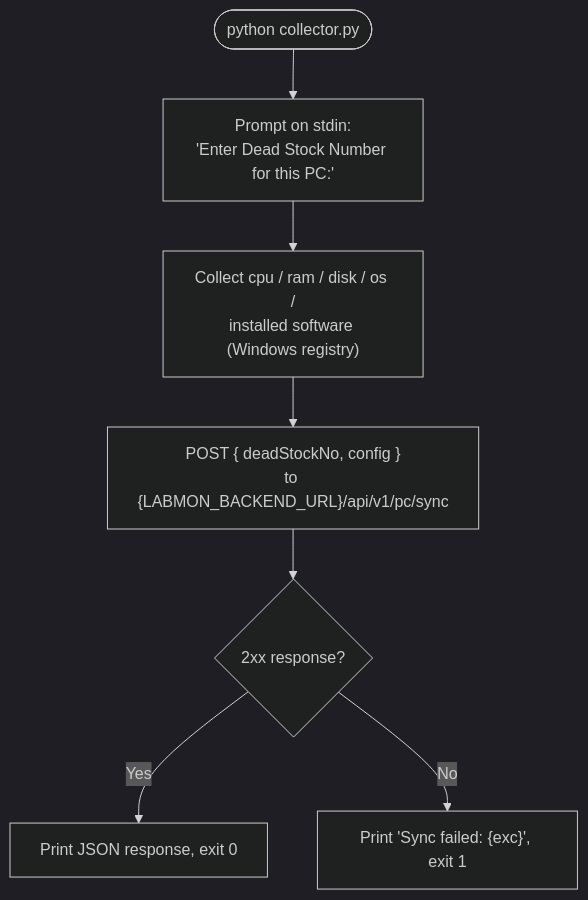
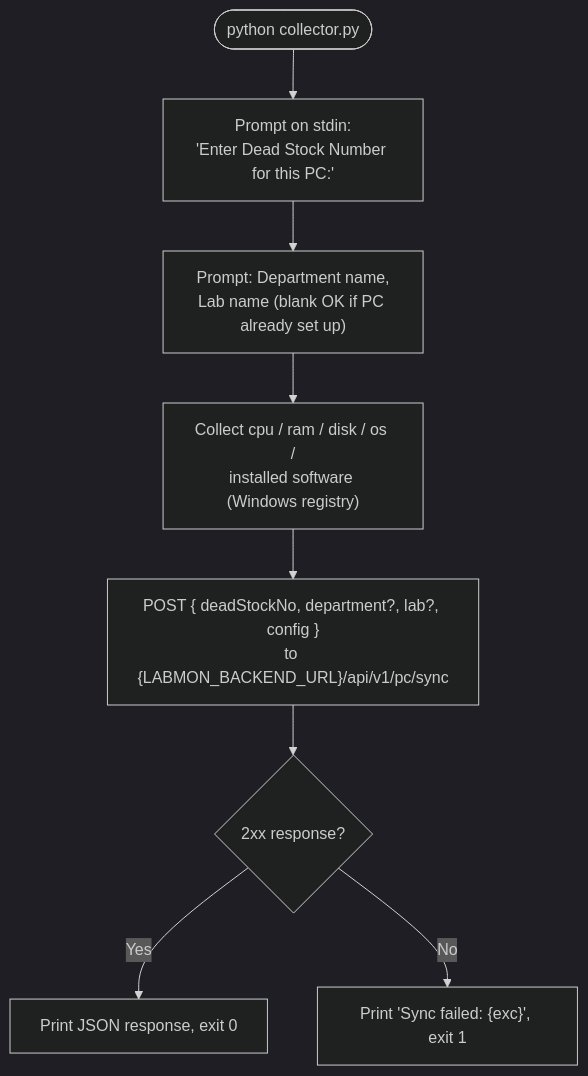
Before and after one commit to Codewith-soham/LabMon: the diagram in backend/docs/agent.md, drawn with Mermaid (dark theme). The commit also changed other lines of this file and 14 other files, not shown here.

First line of the commit message:
Refactor PC sync and lookup endpoints; enhance documentation and roadmap

````diff
--- a/backend/docs/agent.md
+++ b/backend/docs/agent.md
@@ -9,9 +9,10 @@
 ```mermaid
 flowchart TD
     Start(["python collector.py"]) --> Prompt["Prompt on stdin:\n'Enter Dead Stock Number for this PC:'"]
-    Prompt --> Collect["Collect cpu / ram / disk / os /\ninstalled software (Windows registry)"]
-    Collect --> Post["POST { deadStockNo, config }\nto {LABMON_BACKEND_URL}/api/v1/pc/sync"]
+    Prompt --> Prompt2["Prompt: Department name,\nLab name (blank OK if PC already set up)"]
+    Prompt2 --> Collect["Collect cpu / ram / disk / os /\ninstalled software (Windows registry)"]
+    Collect --> Post["POST { deadStockNo, department?, lab?, config }\nto {LABMON_BACKEND_URL}/api/v1/pc/sync"]
     Post --> Ok{"2xx response?"}
     Ok -- Yes --> Print["Print JSON response, exit 0"]
     Ok -- No --> Fail["Print 'Sync failed: {exc}', exit 1"]
 ```
````
